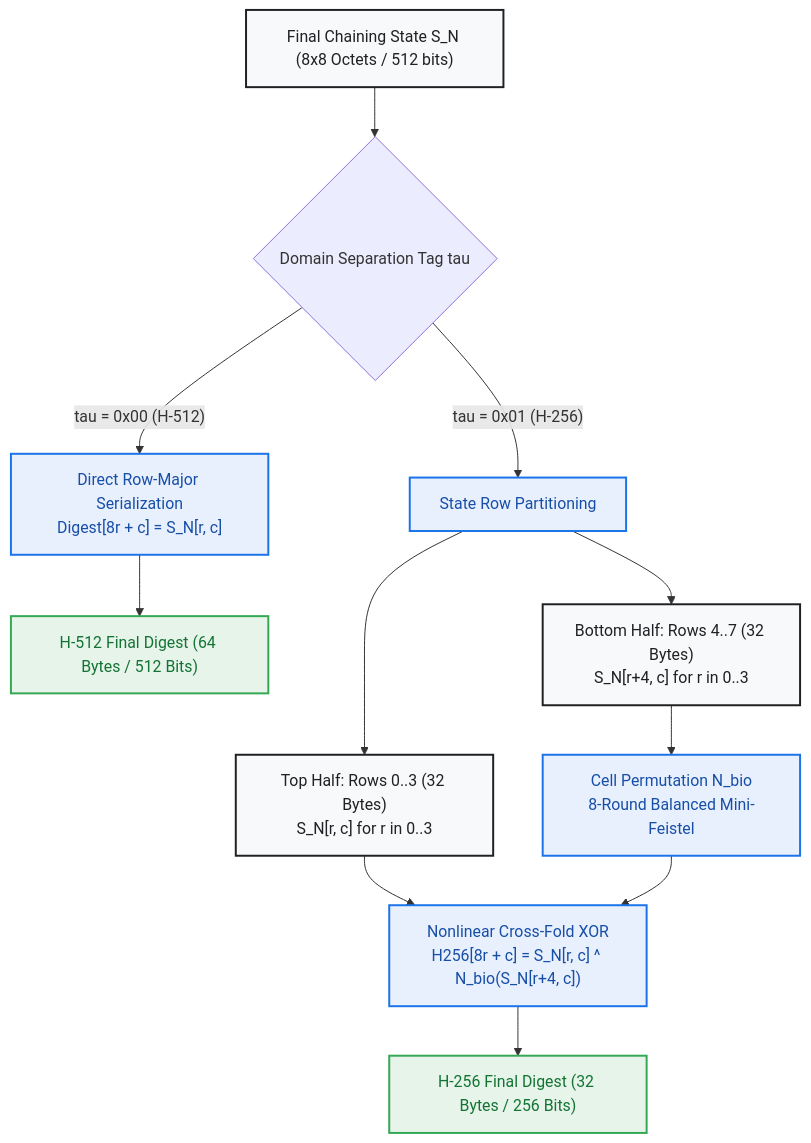
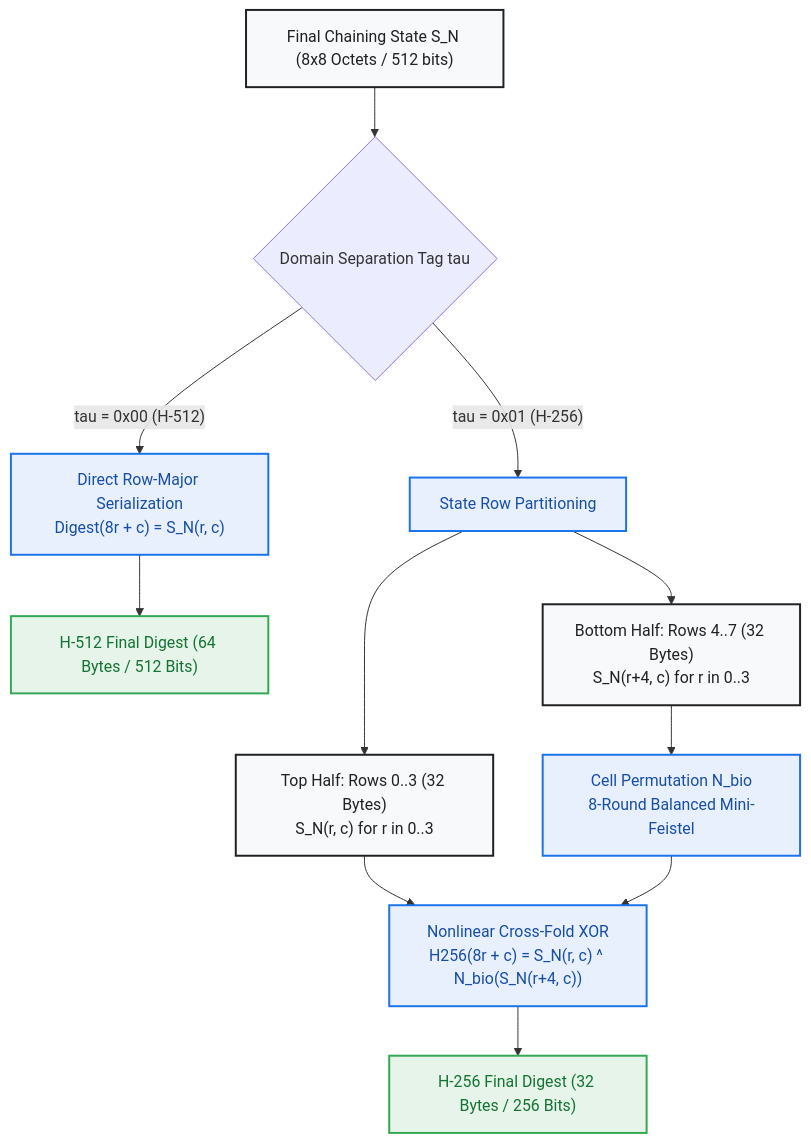
The second of 2 diagrams in docs/H512_SPECIFICATION_CHAPTER_5_COMPRESSION.md (ankushpahal-12/torix-crypto), drawn with Mermaid before and after one commit. The commit also changed other lines of this file and 10 other files, not shown here.

````diff
--- a/docs/H512_SPECIFICATION_CHAPTER_5_COMPRESSION.md
+++ b/docs/H512_SPECIFICATION_CHAPTER_5_COMPRESSION.md
@@ -129,19 +129,19 @@
 ```mermaid
 graph TD
     classDef state fill:#f8f9fa,stroke:#202124,stroke-width:2px,color:#202124;
     classDef process fill:#e8f0fe,stroke:#1a73e8,stroke-width:2px,color:#174ea6;
     classDef output fill:#e6f4ea,stroke:#34a853,stroke-width:2px,color:#137333;
 
     S_N["Final Chaining State S_N (8x8 Octets / 512 bits)"]:::state --> MODE{"Domain Separation Tag tau"}
     
-    MODE -- tau = 0x00 (H-512) --> RAW["Direct Row-Major Serialization<br/>Digest[8r + c] = S_N[r, c]"]:::process
+    MODE -- tau = 0x00 (H-512) --> RAW["Direct Row-Major Serialization<br/>Digest(8r + c) = S_N(r, c)"]:::process
     RAW --> DIGEST512["H-512 Final Digest (64 Bytes / 512 Bits)"]:::output
     
     MODE -- tau = 0x01 (H-256) --> SPLIT["State Row Partitioning"]:::process
-    SPLIT --> TOP["Top Half: Rows 0..3 (32 Bytes)<br/>S_N[r, c] for r in 0..3"]:::state
-    SPLIT --> BOT["Bottom Half: Rows 4..7 (32 Bytes)<br/>S_N[r+4, c] for r in 0..3"]:::state
+    SPLIT --> TOP["Top Half: Rows 0..3 (32 Bytes)<br/>S_N(r, c) for r in 0..3"]:::state
+    SPLIT --> BOT["Bottom Half: Rows 4..7 (32 Bytes)<br/>S_N(r+4, c) for r in 0..3"]:::state
     BOT --> FEISTEL["Cell Permutation N_bio<br/>8-Round Balanced Mini-Feistel"]:::process
-    TOP --> XFOLD["Nonlinear Cross-Fold XOR<br/>H256[8r + c] = S_N[r, c] ^ N_bio(S_N[r+4, c])"]:::process
+    TOP --> XFOLD["Nonlinear Cross-Fold XOR<br/>H256(8r + c) = S_N(r, c) ^ N_bio(S_N(r+4, c))"]:::process
     FEISTEL --> XFOLD
     XFOLD --> DIGEST256["H-256 Final Digest (32 Bytes / 256 Bits)"]:::output
 ```
````
